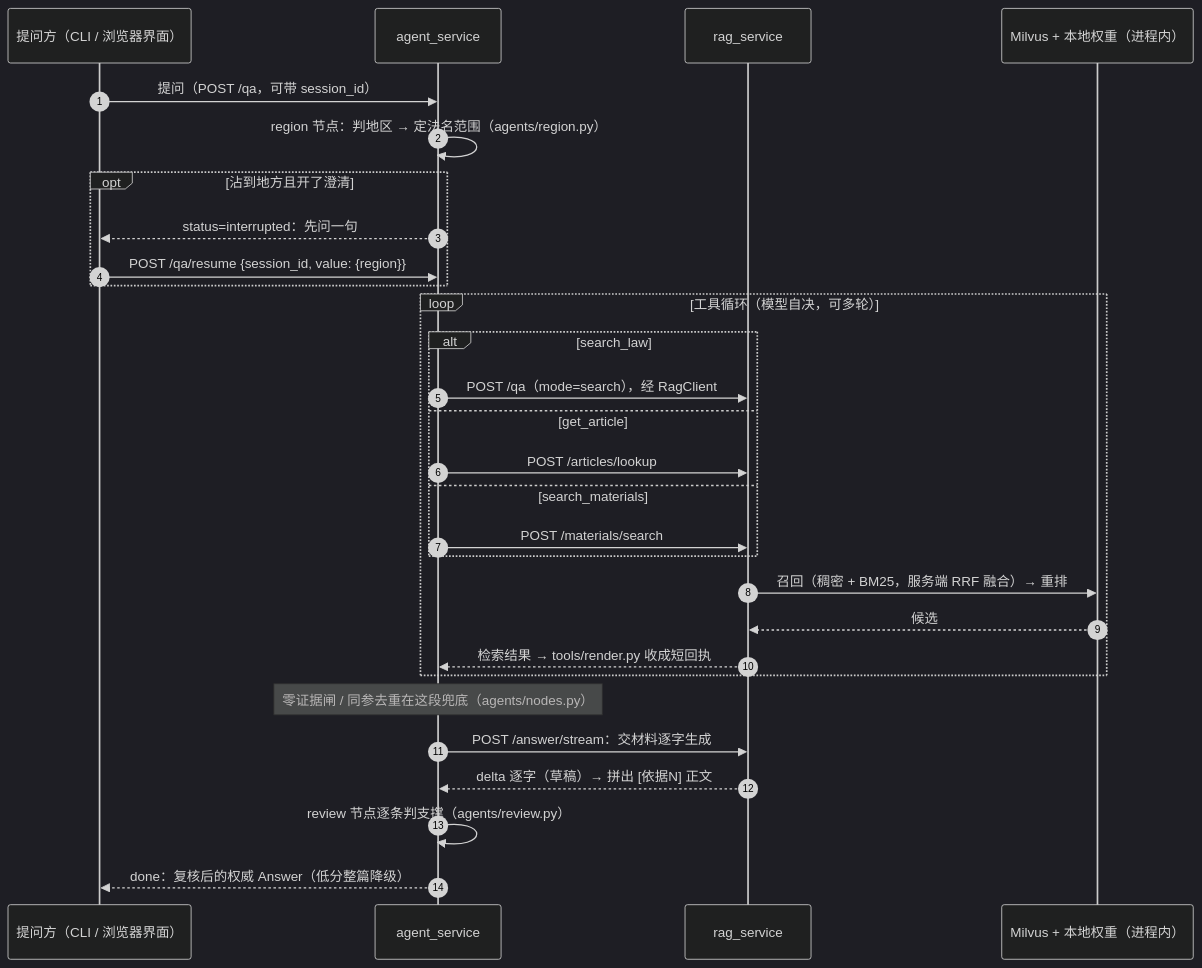
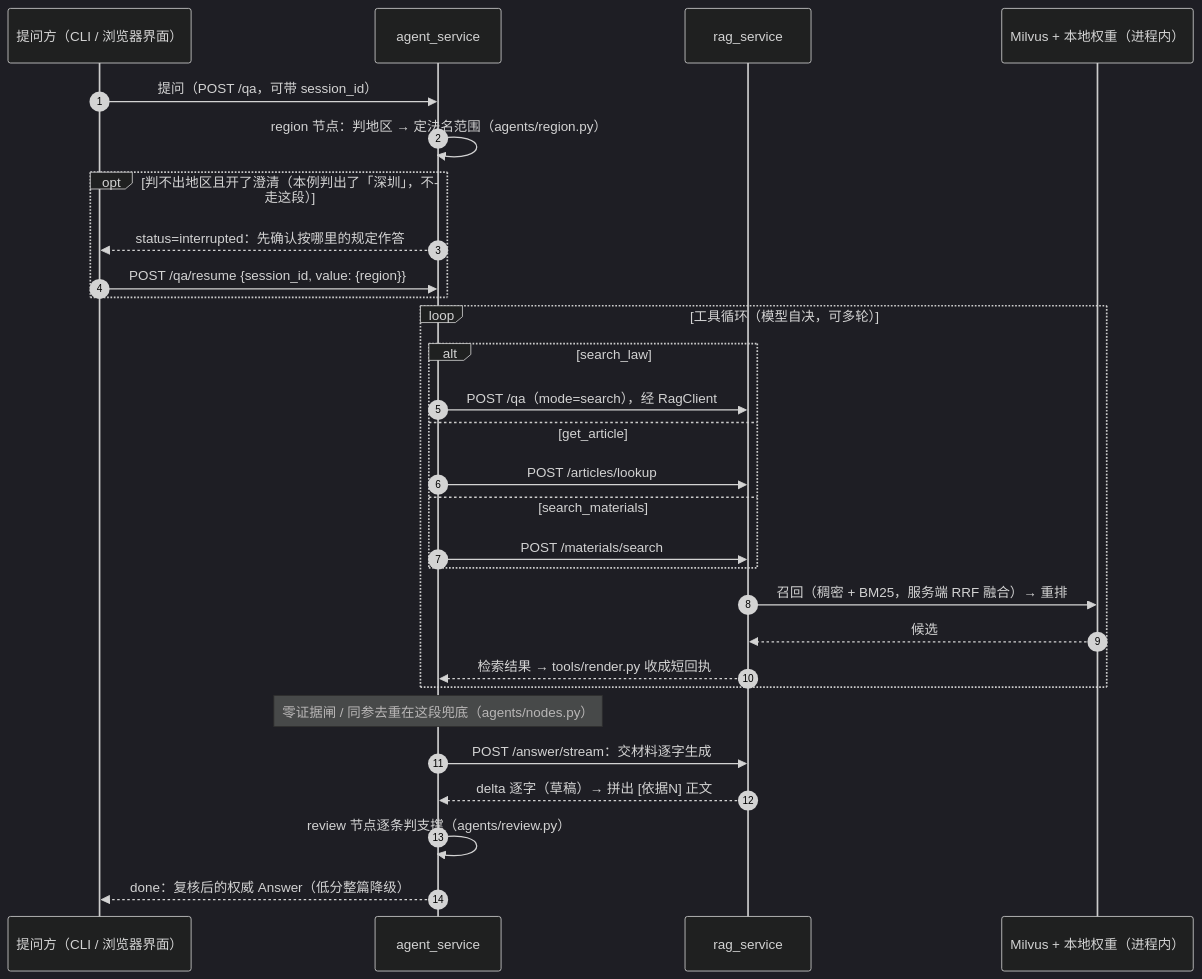
One commit to 18321963/traffic-law-qa changed the first of 2 diagrams in docs/00_项目导读.md. Above: the diagram before and after it, drawn with Mermaid (dark theme). The commit also changed other lines of this file and 7 other files, not shown here.

````diff
--- a/docs/00_项目导读.md
+++ b/docs/00_项目导读.md
@@ -55,32 +55,32 @@
 ```mermaid
 sequenceDiagram
     autonumber
     participant U as 提问方（CLI / 浏览器界面）
     participant A as agent_service
     participant R as rag_service
     participant M as Milvus + 本地权重（进程内）
 
     U->>A: 提问（POST /qa，可带 session_id）
     A->>A: region 节点：判地区 → 定法名范围（agents/region.py）
-    opt 沾到地方且开了澄清
-        A-->>U: status=interrupted：先问一句
+    opt 判不出地区且开了澄清（本例判出了「深圳」，不走这段）
+        A-->>U: status=interrupted：先确认按哪里的规定作答
         U->>A: POST /qa/resume {session_id, value: {region}}
     end
     loop 工具循环（模型自决，可多轮）
         alt search_law
             A->>R: POST /qa（mode=search），经 RagClient
         else get_article
             A->>R: POST /articles/lookup
         else search_materials
             A->>R: POST /materials/search
         end
         R->>M: 召回（稠密 + BM25，服务端 RRF 融合）→ 重排
         M-->>R: 候选
         R-->>A: 检索结果 → tools/render.py 收成短回执
     end
     Note over A: 零证据闸 / 同参去重在这段兜底（agents/nodes.py）
     A->>R: POST /answer/stream：交材料逐字生成
     R-->>A: delta 逐字（草稿）→ 拼出 [依据N] 正文
     A->>A: review 节点逐条判支撑（agents/review.py）
     A-->>U: done：复核后的权威 Answer（低分整篇降级）
 ```
````
